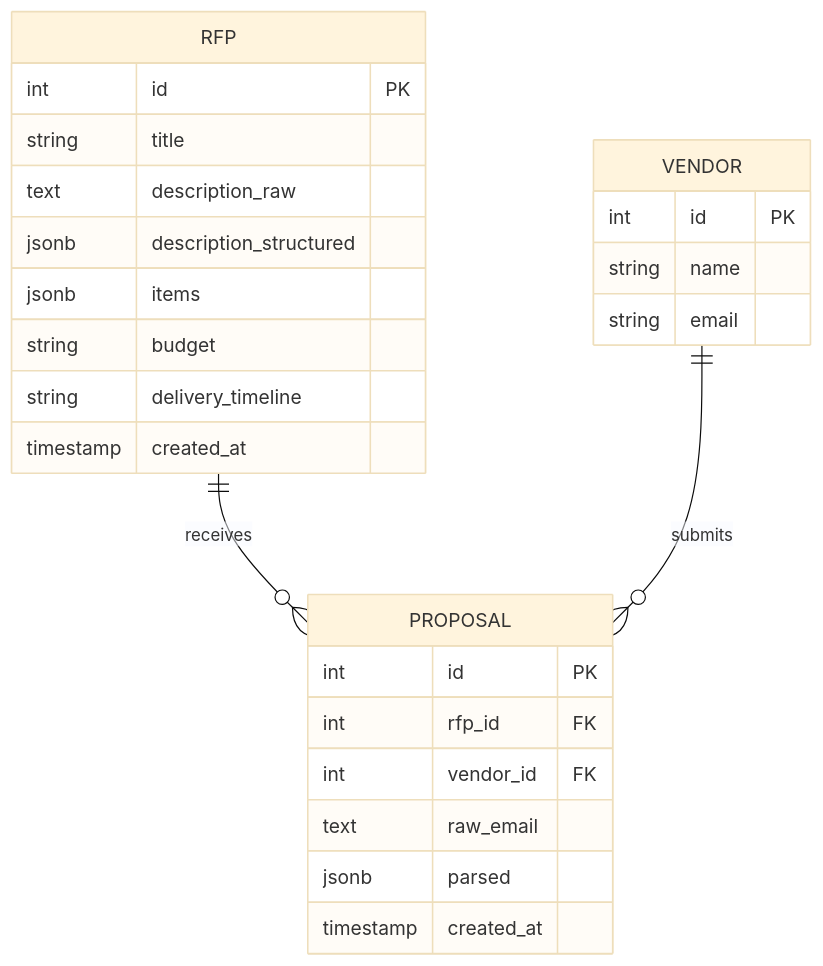
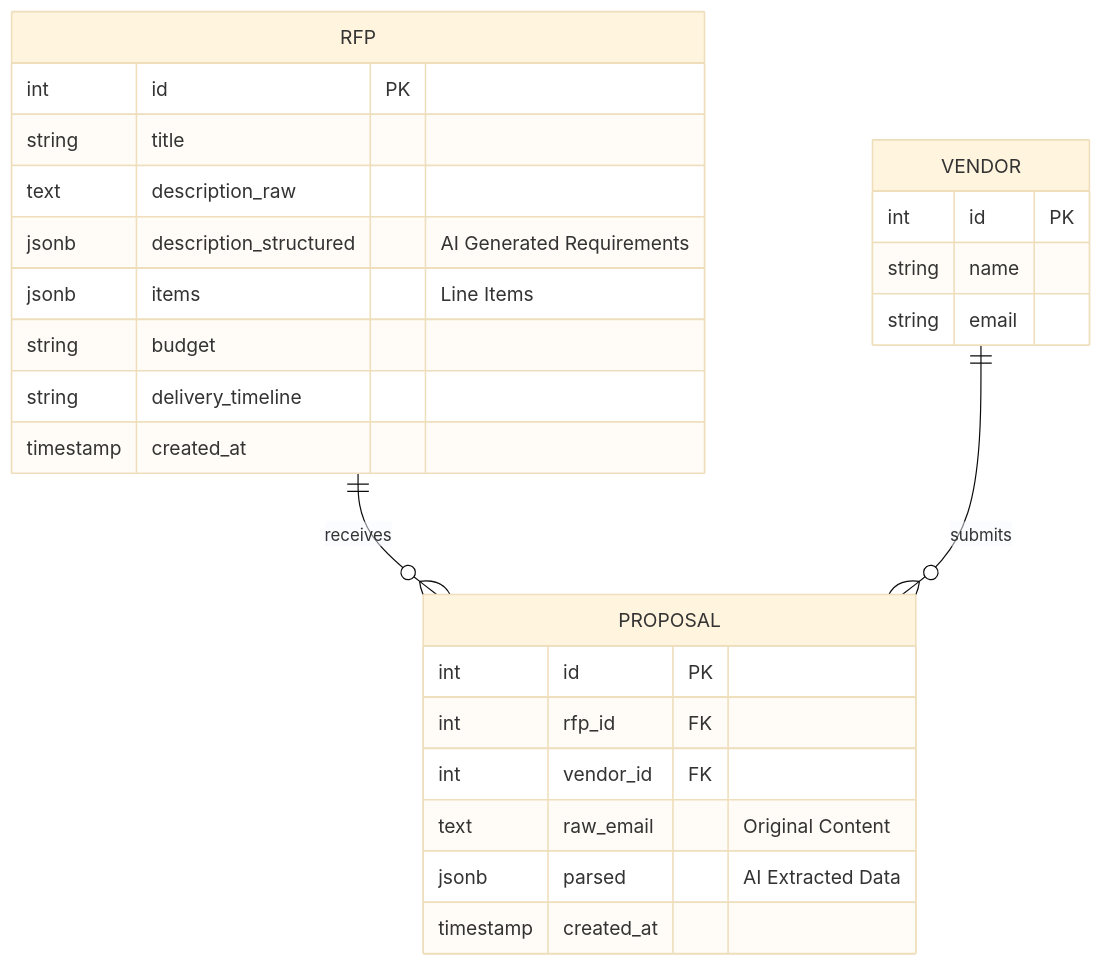
One commit to techmedaddy/procuro changed the third of 3 diagrams in README.md. Above: the diagram before and after it, drawn with Mermaid (base theme). The commit also changed other lines of this file, not shown here.

Commit message:
refactor: Update README for improved clarity and detail on Procuro's features and architecture

````diff
--- a/README.md
+++ b/README.md
@@ -72,31 +94,31 @@
 ```mermaid
 erDiagram
-    RFP ||--o{ PROPOSAL : receives
-    VENDOR ||--o{ PROPOSAL : submits
+    RFP ||--o{ PROPOSAL : "receives"
+    VENDOR ||--o{ PROPOSAL : "submits"
     
     RFP {
         int id PK
         string title
         text description_raw
-        jsonb description_structured
-        jsonb items
+        jsonb description_structured "AI Generated Requirements"
+        jsonb items "Line Items"
         string budget
         string delivery_timeline
         timestamp created_at
     }
 
     VENDOR {
         int id PK
         string name
         string email
     }
 
     PROPOSAL {
         int id PK
         int rfp_id FK
         int vendor_id FK
-        text raw_email
-        jsonb parsed
+        text raw_email "Original Content"
+        jsonb parsed "AI Extracted Data"
         timestamp created_at
     }
 ```
````
